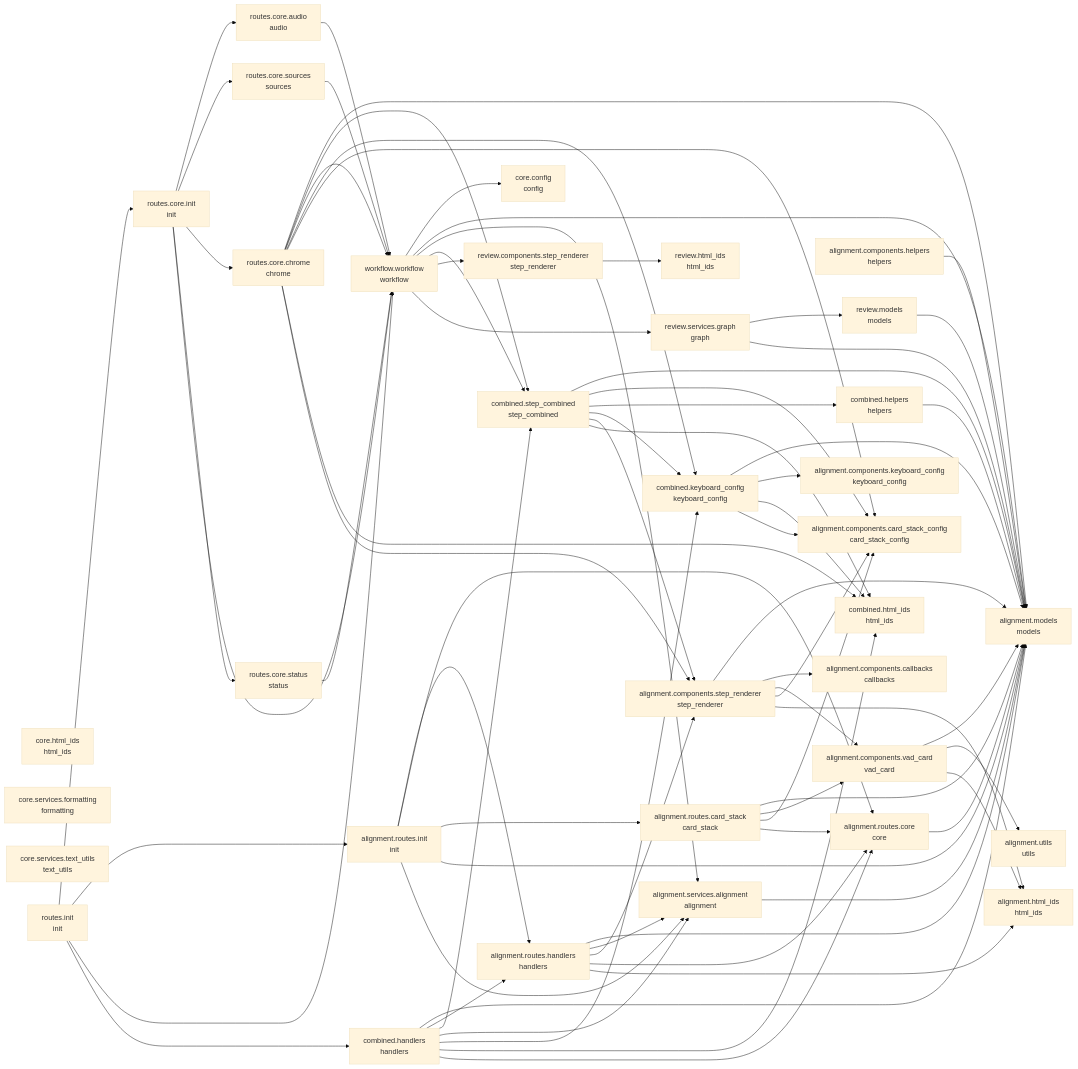
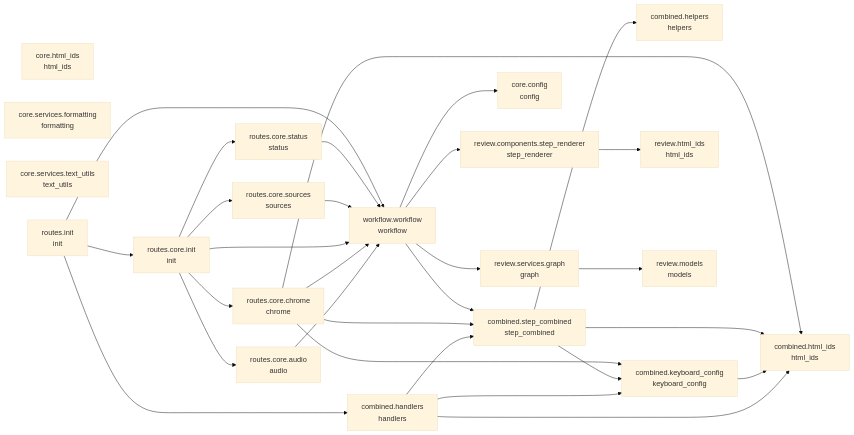
One commit to cj-mills/cjm-fasthtml-workflow-transcript-decomp changed the diagram in README.md. Above: the diagram before and after it, drawn with Mermaid (base theme). The commit also changed other lines of this file and 52 other files, not shown here.

Commit message:
Phase 7c: Integrate cjm-transcript-vad-align library, remove local alignment/ package.

````diff
--- a/README.md
+++ b/README.md
@@ -67,19 +49,5 @@
 ``` mermaid
 graph LR
-    alignment_components_callbacks[alignment.components.callbacks<br/>callbacks]
-    alignment_components_card_stack_config[alignment.components.card_stack_config<br/>card_stack_config]
-    alignment_components_helpers[alignment.components.helpers<br/>helpers]
-    alignment_components_keyboard_config[alignment.components.keyboard_config<br/>keyboard_config]
-    alignment_components_step_renderer[alignment.components.step_renderer<br/>step_renderer]
-    alignment_components_vad_card[alignment.components.vad_card<br/>vad_card]
-    alignment_html_ids[alignment.html_ids<br/>html_ids]
-    alignment_models[alignment.models<br/>models]
-    alignment_routes_card_stack[alignment.routes.card_stack<br/>card_stack]
-    alignment_routes_core[alignment.routes.core<br/>core]
-    alignment_routes_handlers[alignment.routes.handlers<br/>handlers]
-    alignment_routes_init[alignment.routes.init<br/>init]
-    alignment_services_alignment[alignment.services.alignment<br/>alignment]
-    alignment_utils[alignment.utils<br/>utils]
     combined_handlers[combined.handlers<br/>handlers]
     combined_helpers[combined.helpers<br/>helpers]
     combined_html_ids[combined.html_ids<br/>html_ids]
@@ -101,76 +69,32 @@
     routes_init[routes.init<br/>init]
     workflow_workflow[workflow.workflow<br/>workflow]
 
-    alignment_components_helpers --> alignment_models
-    alignment_components_step_renderer --> alignment_html_ids
-    alignment_components_step_renderer --> alignment_components_card_stack_config
-    alignment_components_step_renderer --> alignment_components_vad_card
-    alignment_components_step_renderer --> alignment_components_callbacks
-    alignment_components_step_renderer --> alignment_models
-    alignment_components_vad_card --> alignment_html_ids
-    alignment_components_vad_card --> alignment_utils
-    alignment_components_vad_card --> alignment_models
-    alignment_routes_card_stack --> alignment_routes_core
-    alignment_routes_card_stack --> alignment_components_card_stack_config
-    alignment_routes_card_stack --> alignment_components_vad_card
-    alignment_routes_card_stack --> alignment_models
-    alignment_routes_core --> alignment_models
-    alignment_routes_handlers --> alignment_html_ids
-    alignment_routes_handlers --> alignment_routes_core
-    alignment_routes_handlers --> alignment_components_step_renderer
-    alignment_routes_handlers --> alignment_services_alignment
-    alignment_routes_handlers --> alignment_models
-    alignment_routes_init --> alignment_services_alignment
-    alignment_routes_init --> alignment_models
-    alignment_routes_init --> alignment_routes_card_stack
-    alignment_routes_init --> alignment_routes_core
-    alignment_routes_init --> alignment_routes_handlers
-    alignment_services_alignment --> alignment_models
-    combined_handlers --> alignment_routes_core
+    combined_handlers --> combined_keyboard_config
     combined_handlers --> combined_html_ids
-    combined_handlers --> combined_keyboard_config
-    combined_handlers --> alignment_services_alignment
     combined_handlers --> combined_step_combined
-    combined_handlers --> alignment_routes_handlers
-    combined_handlers --> alignment_models
-    combined_helpers --> alignment_models
-    combined_keyboard_config --> alignment_components_card_stack_config
     combined_keyboard_config --> combined_html_ids
-    combined_keyboard_config --> alignment_components_keyboard_config
-    combined_keyboard_config --> alignment_models
-    combined_step_combined --> combined_html_ids
-    combined_step_combined --> alignment_components_step_renderer
     combined_step_combined --> combined_keyboard_config
     combined_step_combined --> combined_helpers
-    combined_step_combined --> alignment_components_card_stack_config
-    combined_step_combined --> alignment_models
+    combined_step_combined --> combined_html_ids
     review_components_step_renderer --> review_html_ids
-    review_models --> alignment_models
-    review_services_graph --> alignment_models
     review_services_graph --> review_models
     routes_core_audio --> workflow_workflow
-    routes_core_chrome --> alignment_components_step_renderer
+    routes_core_chrome --> combined_keyboard_config
     routes_core_chrome --> combined_html_ids
-    routes_core_chrome --> alignment_components_card_stack_config
-    routes_core_chrome --> combined_keyboard_config
+    routes_core_chrome --> combined_step_combined
     routes_core_chrome --> workflow_workflow
-    routes_core_chrome --> combined_step_combined
-    routes_core_chrome --> alignment_models
+    routes_core_init --> routes_core_status
+    routes_core_init --> routes_core_audio
+    routes_core_init --> routes_core_sources
+    routes_core_init --> routes_core_chrome
     routes_core_init --> workflow_workflow
-    routes_core_init --> routes_core_status
-    routes_core_init --> routes_core_chrome
-    routes_core_init --> routes_core_sources
-    routes_core_init --> routes_core_audio
     routes_core_sources --> workflow_workflow
     routes_core_status --> workflow_workflow
     routes_init --> combined_handlers
     routes_init --> workflow_workflow
-    routes_init --> alignment_routes_init
     routes_init --> routes_core_init
+    workflow_workflow --> combined_step_combined
     workflow_workflow --> review_services_graph
+    workflow_workflow --> core_config
     workflow_workflow --> review_components_step_renderer
-    workflow_workflow --> combined_step_combined
-    workflow_workflow --> alignment_services_alignment
-    workflow_workflow --> alignment_models
-    workflow_workflow --> core_config
 ```
````
